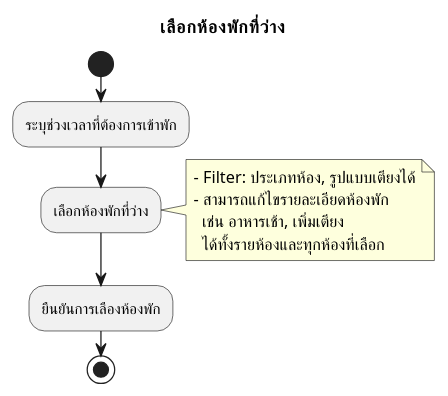
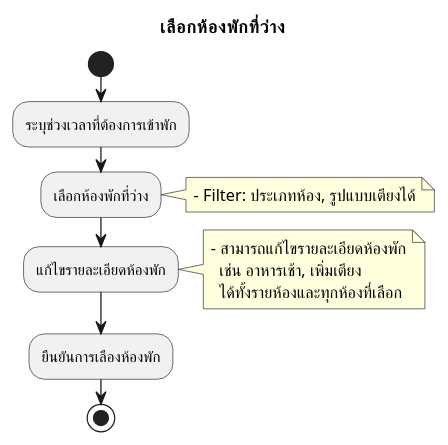
The diagram in activity-diagram/Room_Select/Room_Select.md (cheat13/Prompiman_Diagram), drawn with PlantUML before and after one commit. The commit also changed 7 other files, not shown here.

```diff
--- a/activity-diagram/Room_Select/Room_Select.md
+++ b/activity-diagram/Room_Select/Room_Select.md
@@ -1,17 +1,22 @@
 @startuml
 title เลือกห้องพักที่ว่าง
 start
 
 :ระบุช่วงเวลาที่ต้องการเข้าพัก;
+
 :เลือกห้องพักที่ว่าง;
 note right
     - Filter: ประเภทห้อง, รูปแบบเตียงได้
+endnote
+
+:แก้ไขรายละเอียดห้องพัก;
+note right
     - สามารถแก้ไขรายละเอียดห้องพัก
       เช่น อาหารเช้า, เพิ่มเตียง
       ได้ทั้งรายห้องและทุกห้องที่เลือก
 endnote
 
 :ยืนยันการเลืองห้องพัก;
 
 stop
 @enduml
```
